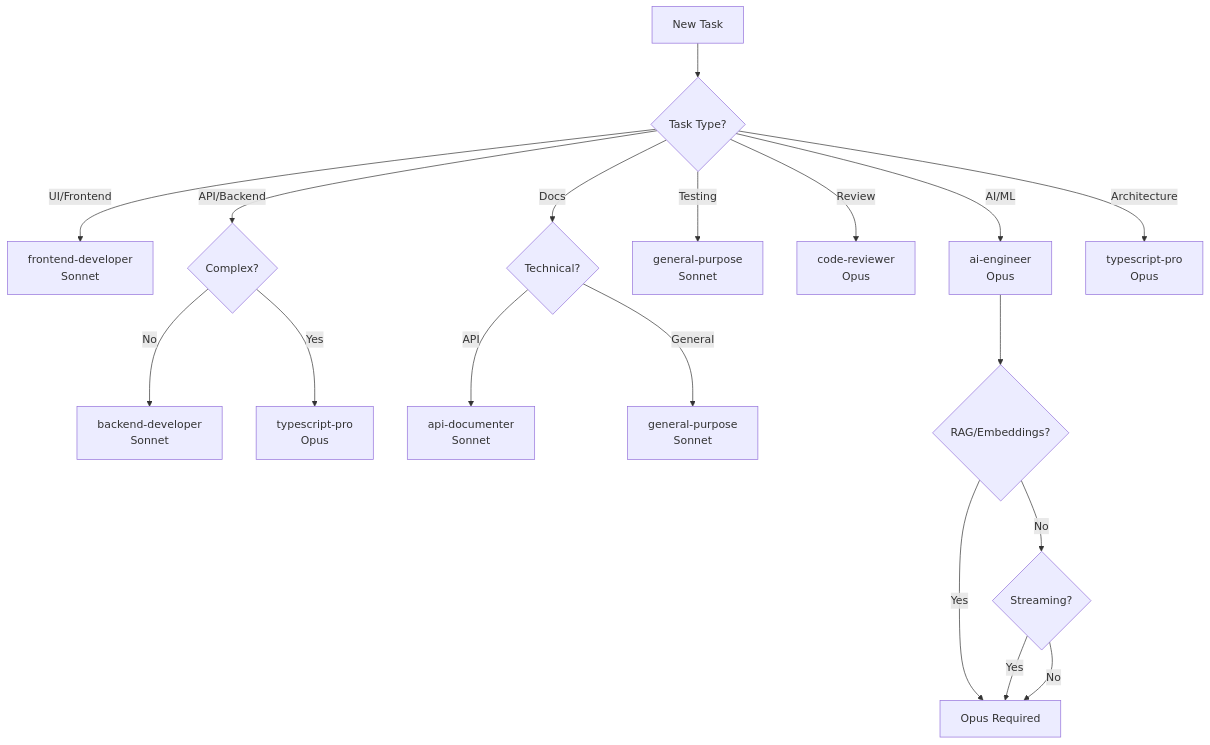
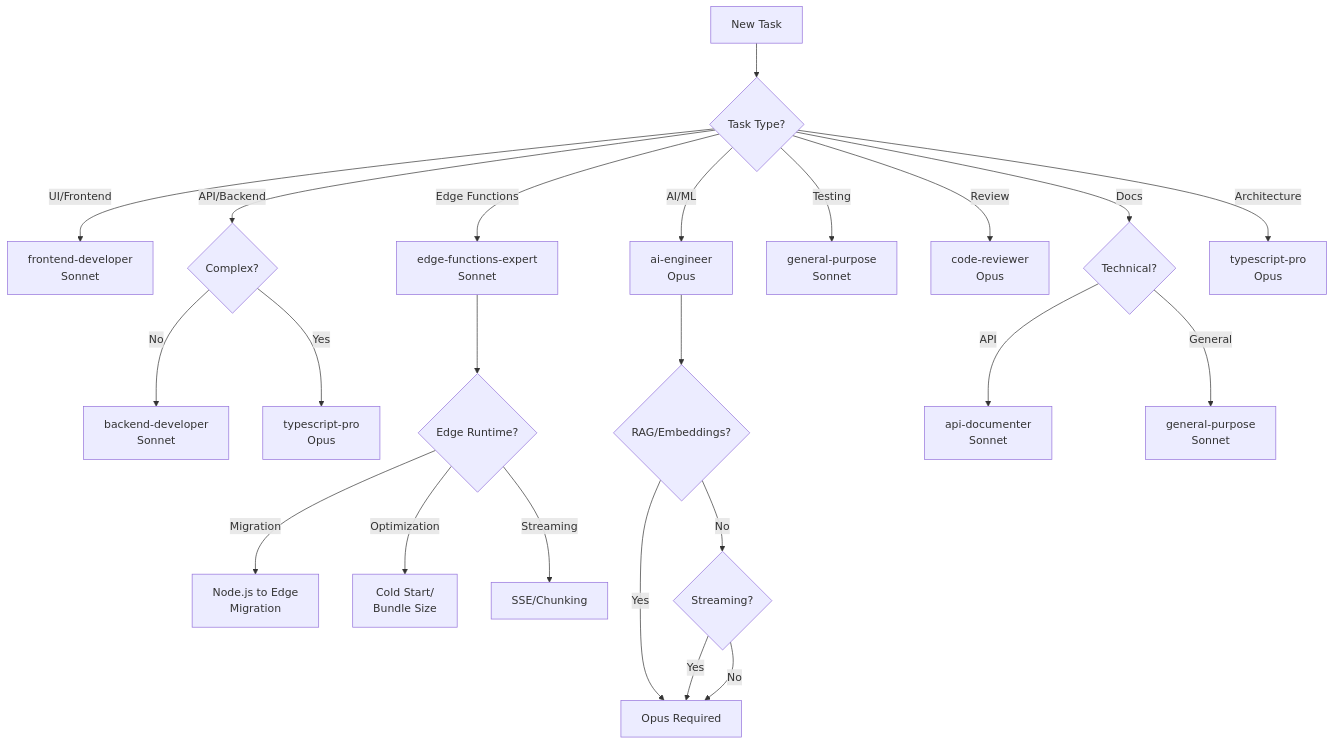
The diagram in .claude/agents/delegation-matrix.md (neeroai/migue.ai), drawn with Mermaid before and after one commit. The commit also changed other lines of this file and 8 other files, not shown here.

````diff
--- a/.claude/agents/delegation-matrix.md
+++ b/.claude/agents/delegation-matrix.md
@@ -276,24 +295,30 @@
 ```mermaid
 graph TD
     A[New Task] --> B{Task Type?}
 
     B -->|UI/Frontend| C[frontend-developer<br/>Sonnet]
     B -->|API/Backend| D{Complex?}
+    B -->|Edge Functions| E1[edge-functions-expert<br/>Sonnet]
     B -->|AI/ML| E[ai-engineer<br/>Opus]
     B -->|Testing| F[general-purpose<br/>Sonnet]
     B -->|Review| G[code-reviewer<br/>Opus]
     B -->|Docs| H{Technical?}
     B -->|Architecture| I[typescript-pro<br/>Opus]
 
     D -->|No| J[backend-developer<br/>Sonnet]
     D -->|Yes| K[typescript-pro<br/>Opus]
 
     H -->|API| L[api-documenter<br/>Sonnet]
     H -->|General| M[general-purpose<br/>Sonnet]
 
     E --> N{RAG/Embeddings?}
     N -->|Yes| O[Opus Required]
     N -->|No| P{Streaming?}
     P -->|Yes| O
     P -->|No| O
+
+    E1 --> Q{Edge Runtime?}
+    Q -->|Migration| R[Node.js to Edge<br/>Migration]
+    Q -->|Optimization| S[Cold Start/<br/>Bundle Size]
+    Q -->|Streaming| T[SSE/Chunking]
 ```
````
